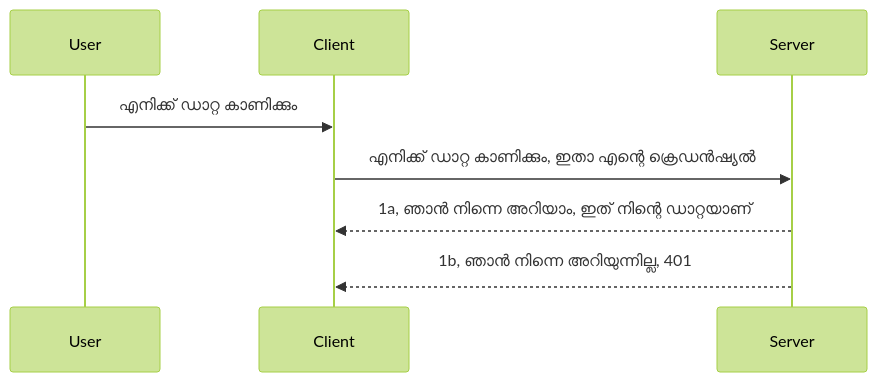
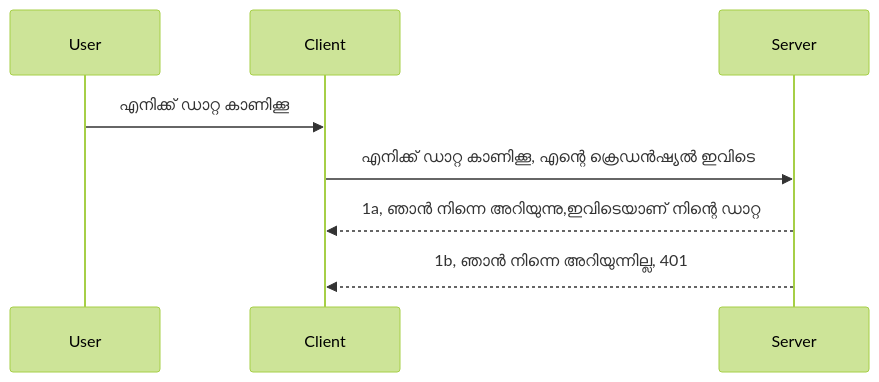
The diagram in mcp_ecosystem__model_context_protocol/mcp_learning_resources/mcp-for-beginners/translations/ml/03-GettingStarted/11-simple-auth/README.md (HIDORAKAI002/ai-workspace-archive), drawn with Mermaid (forest theme) before and after one commit. The commit also changed other lines of this file and 1046 other files, not shown here.

````diff
--- a/mcp_ecosystem__model_context_protocol/mcp_learning_resources/mcp-for-beginners/translations/ml/03-GettingStarted/11-simple-auth/README.md
+++ b/mcp_ecosystem__model_context_protocol/mcp_learning_resources/mcp-for-beginners/translations/ml/03-GettingStarted/11-simple-auth/README.md
@@ -24,11 +24,11 @@
 ```mermaid
 sequenceDiagram
    participant User
    participant Client
    participant Server
 
-   User->>Client: എനിക്ക് ഡാറ്റ കാണിക്കും
-   Client->>Server: എനിക്ക് ഡാറ്റ കാണിക്കും, ഇതാ എന്റെ ക്രെഡൻഷ്യൽ
-   Server-->>Client: 1a, ഞാൻ നിന്നെ അറിയാം, ഇത് നിന്റെ ഡാറ്റയാണ്
+   User->>Client: എനിക്ക് ഡാറ്റ കാണിക്കൂ
+   Client->>Server: എനിക്ക് ഡാറ്റ കാണിക്കൂ, എന്റെ ക്രെഡൻഷ്യൽ ഇവിടെ
+   Server-->>Client: 1a, ഞാൻ നിന്നെ അറിയുന്നു,ഇവിടെയാണ് നിന്റെ ഡാറ്റ
    Server-->>Client: 1b, ഞാൻ നിന്നെ അറിയുന്നില്ല, 401 
 ```
````
